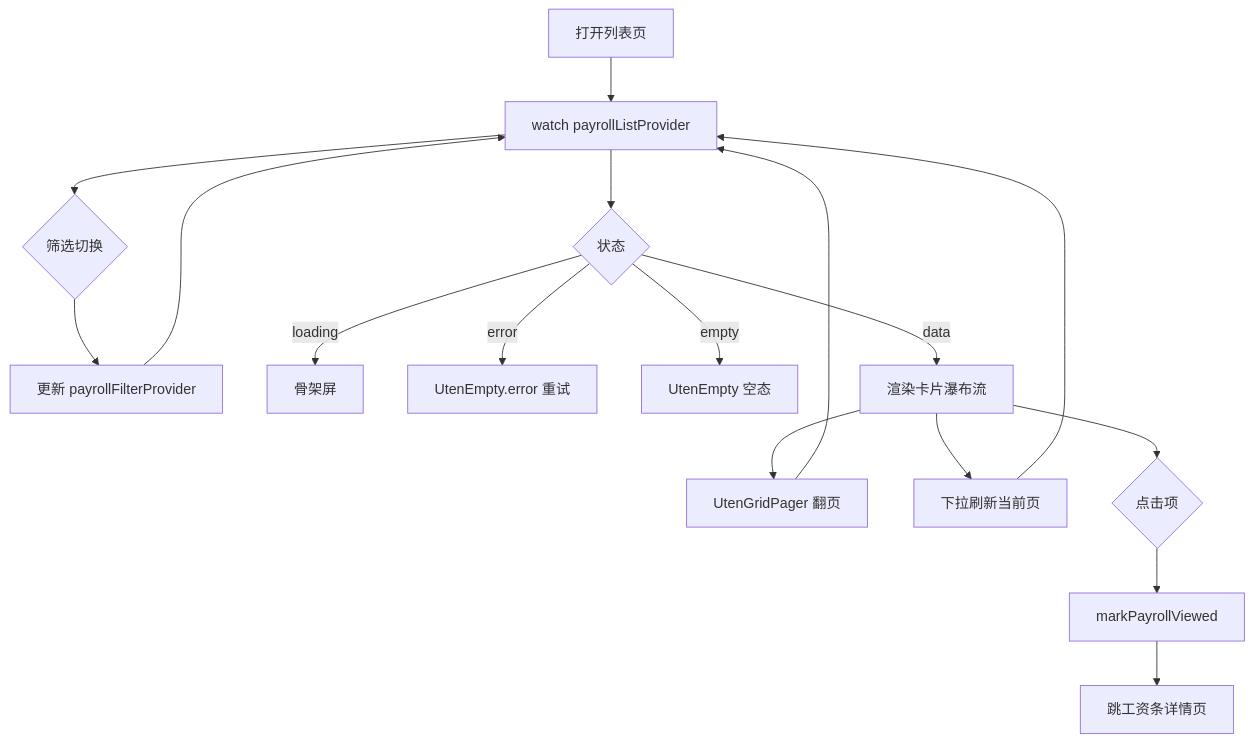
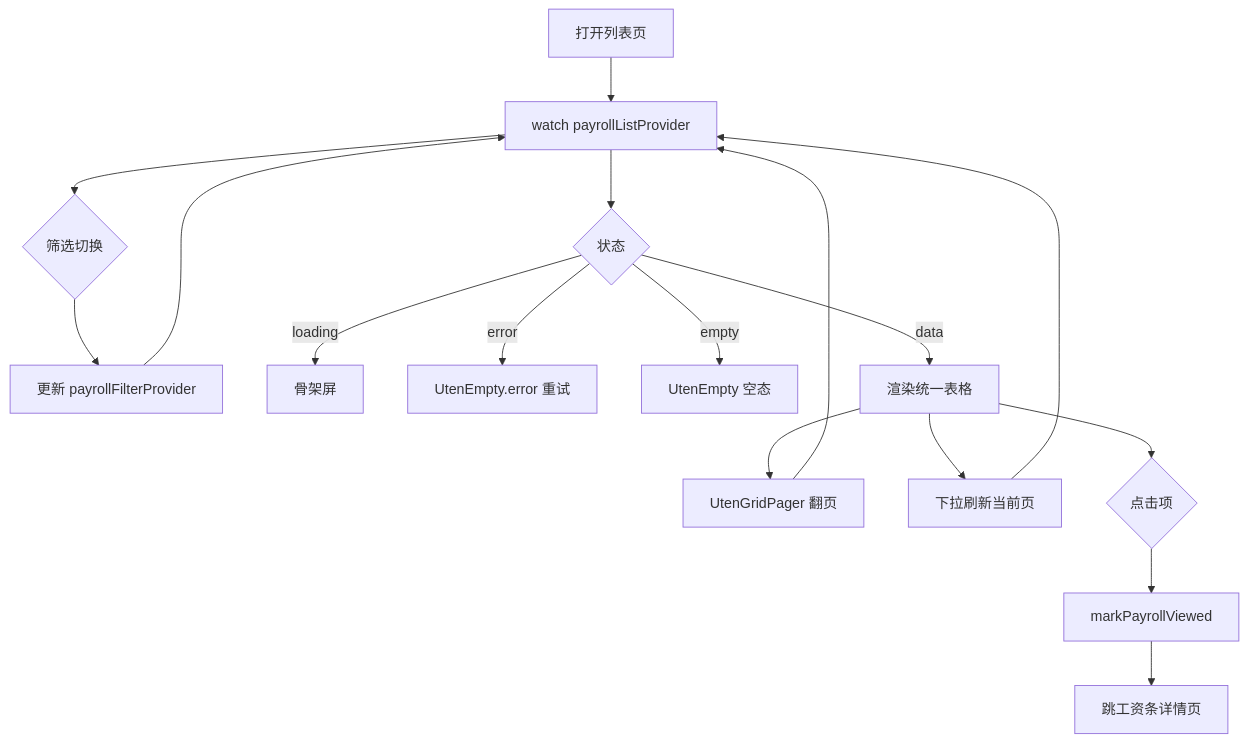
Before and after one commit to BruceChu0424/utenelec_imp: the diagram in docs/03-页面/工资条列表页.md, drawn with Mermaid. The commit also changed other lines of this file and 714 other files, not shown here.

````diff
--- a/docs/03-页面/工资条列表页.md
+++ b/docs/03-页面/工资条列表页.md
@@ -99,19 +80,19 @@
 ```mermaid
 flowchart TD
     A[打开列表页] --> W[watch payrollListProvider]
     W --> F{筛选切换}
     F --> FP[更新 payrollFilterProvider]
     FP --> W
     W --> L{状态}
     L -->|loading| SK[骨架屏]
     L -->|error| ER[UtenEmpty.error 重试]
     L -->|empty| EM[UtenEmpty 空态]
-    L -->|data| LIST[渲染卡片瀑布流]
+    L -->|data| LIST[渲染统一表格]
     LIST --> P[UtenGridPager 翻页]
     P --> W
     LIST --> R[下拉刷新当前页]
     R --> W
     LIST --> CLK{点击项}
     CLK --> V[markPayrollViewed]
     V --> D[跳工资条详情页]
 ```
````
